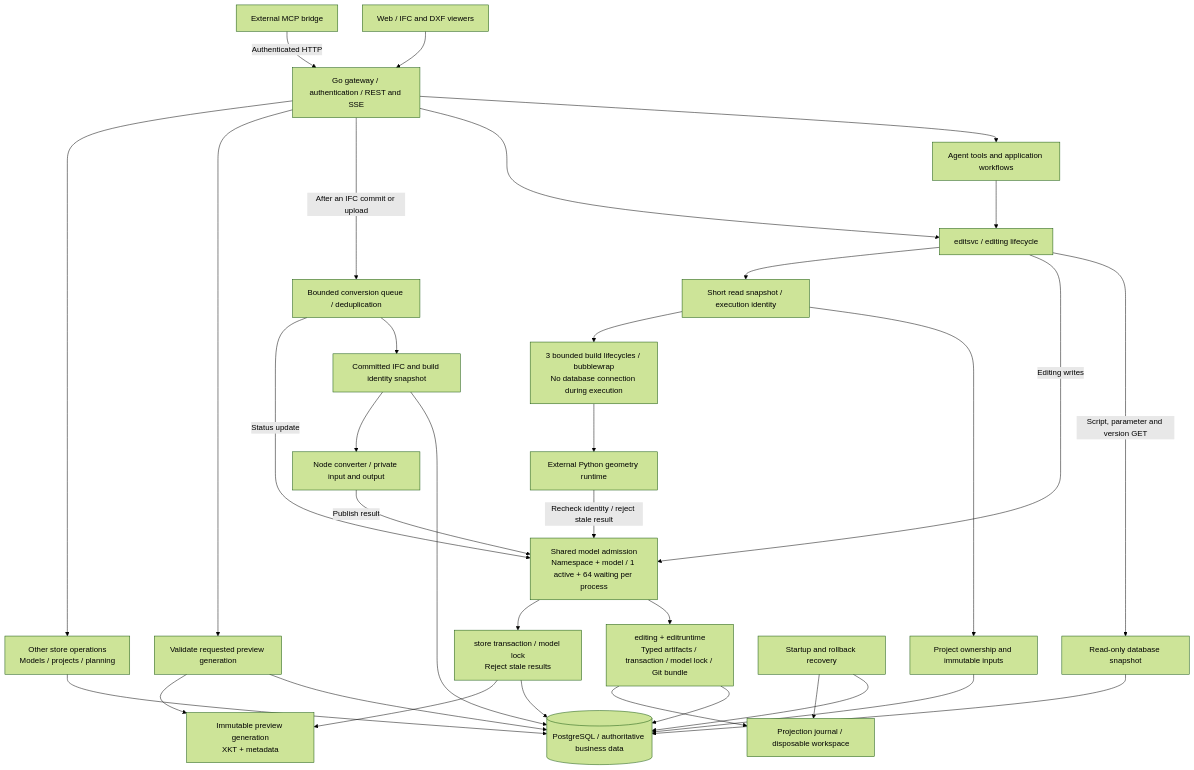
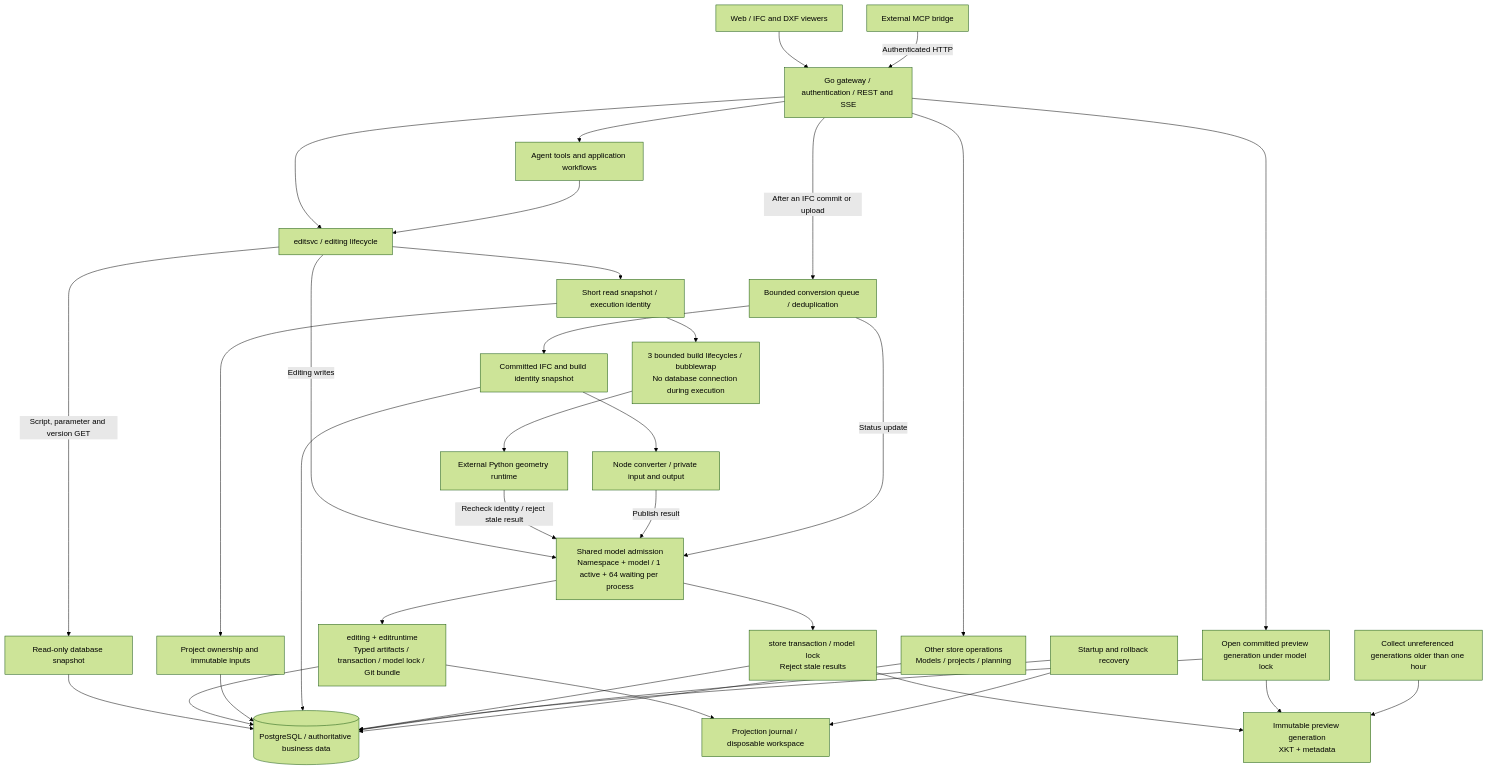
Before and after one commit to 0702hjj/SourceAEC: the first of 2 diagrams in README.md, drawn with Mermaid (forest theme). The commit also changed other lines of this file and 22 other files, not shown here.

Commit message:
Coordinate model deletion and bound immutable preview cache lifetime

````diff
--- a/README.md
+++ b/README.md
@@ -28,36 +28,37 @@
 ```mermaid
 flowchart TB
     WEB[Web / IFC and DXF viewers] --> API[Go gateway / authentication / REST and SSE]
     MCP[External MCP bridge] -->|Authenticated HTTP| API
     API --> AGENT[Agent tools and application workflows]
     API --> EDIT[editsvc / editing lifecycle]
     AGENT --> EDIT
     EDIT -->|Script, parameter and version GET| READ[Read-only database snapshot]
     READ --> PG[(PostgreSQL / authoritative business data)]
     EDIT -->|Editing writes| GATE[Shared model admission<br/>Namespace + model / 1 active + 64 waiting per process]
     GATE --> WRITE[editing + editruntime<br/>Typed artifacts / transaction / model lock / Git bundle]
     WRITE --> PG
     EDIT --> PREP[Short read snapshot / execution identity]
     PREP --> INPUT[Project ownership and immutable inputs]
     INPUT --> PG
     PREP --> SANDBOX[3 bounded build lifecycles / bubblewrap<br/>No database connection during execution]
     SANDBOX --> PY[External Python geometry runtime]
     PY -->|Recheck identity / reject stale result| GATE
     WRITE --> JOURNAL[Projection journal / disposable workspace]
     API -->|After an IFC commit or upload| QUEUE[Bounded conversion queue / deduplication]
     QUEUE --> SOURCE[Committed IFC and build identity snapshot]
     SOURCE --> PG
     SOURCE --> NODE[Node converter / private input and output]
     NODE -->|Publish result| GATE
     QUEUE -->|Status update| GATE
     GATE --> DERIVED[store transaction / model lock<br/>Reject stale results]
     DERIVED --> PG
     DERIVED --> CACHE[Immutable preview generation<br/>XKT + metadata]
-    API --> VIEW[Validate requested preview generation]
+    API --> VIEW[Open committed preview generation under model lock]
     VIEW --> PG
     VIEW --> CACHE
+    GC[Collect unreferenced generations older than one hour] --> CACHE
     RECOVER[Startup and rollback recovery] --> PG
     RECOVER --> JOURNAL
     API --> OTHER[Other store operations<br/>Models / projects / planning]
     OTHER --> PG
 ```
````
